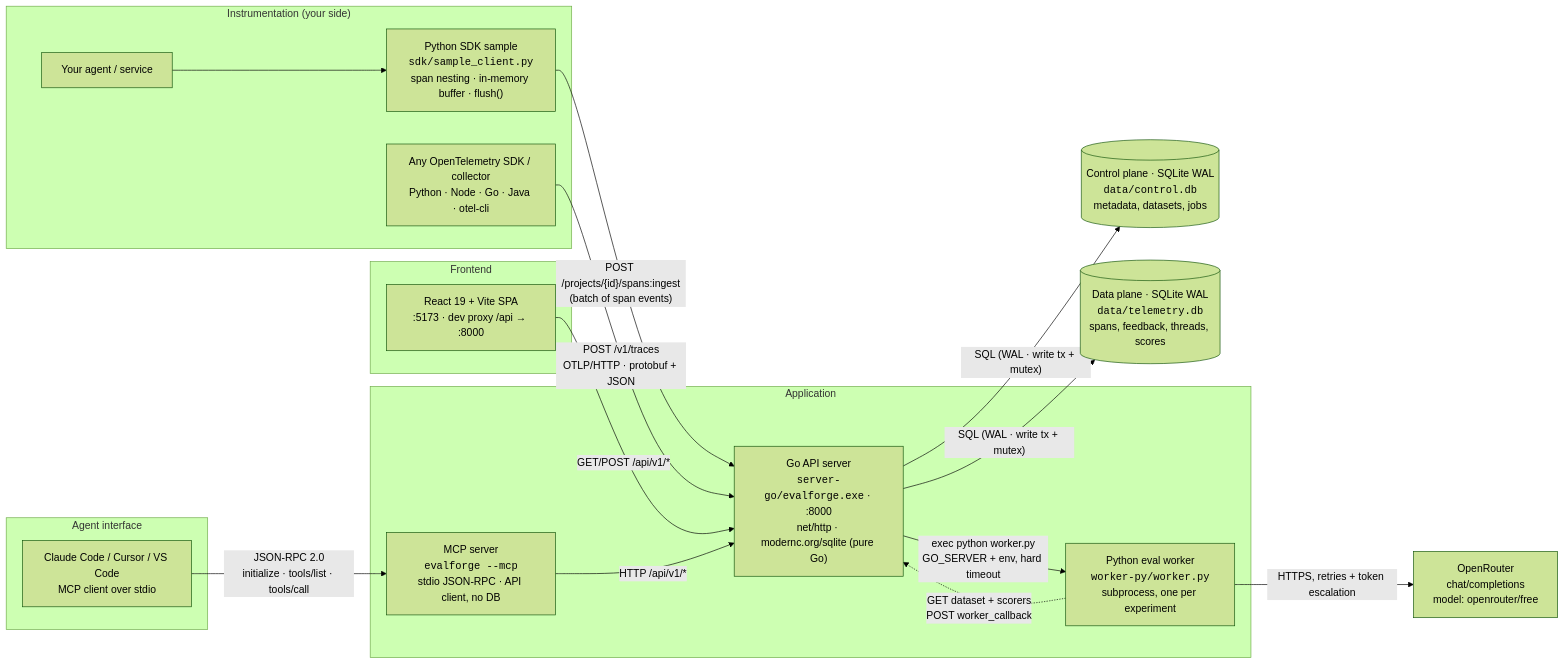
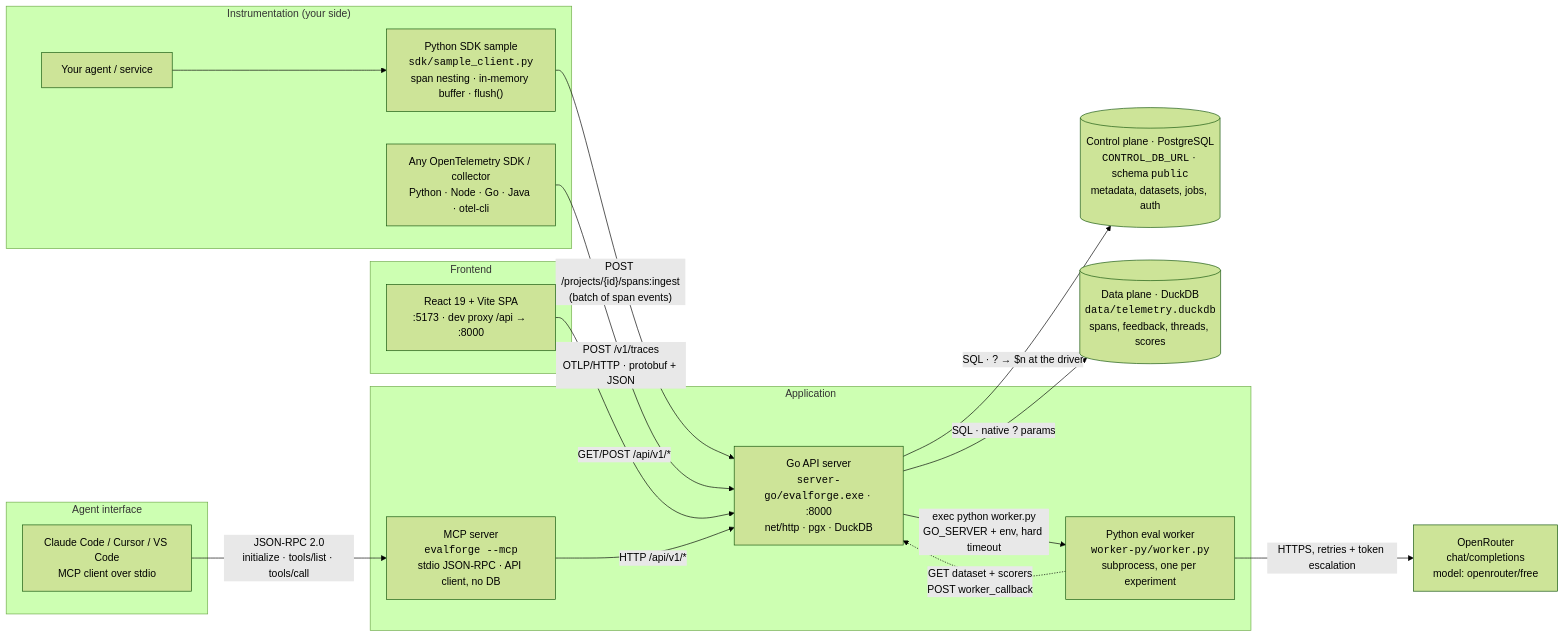
One commit to archief2910/EvalForger changed the first of 4 diagrams in ai-eval-platform/docs/ARCHITECTURE.md. Above: the diagram before and after it, drawn with Mermaid (forest theme). The commit also changed other lines of this file and 31 other files, not shown here.

````diff
--- a/ai-eval-platform/docs/ARCHITECTURE.md
+++ b/ai-eval-platform/docs/ARCHITECTURE.md
@@ -10,38 +10,38 @@
 ```mermaid
 flowchart LR
   subgraph producer["Instrumentation (your side)"]
     APP["Your agent / service"]
     SDK["Python SDK sample<br/><code>sdk/sample_client.py</code><br/>span nesting · in-memory buffer · flush()"]
     OTEL["Any OpenTelemetry SDK / collector<br/>Python · Node · Go · Java · otel-cli"]
     APP --> SDK
   end
 
   subgraph agents["Agent interface"]
     MCPC["Claude Code / Cursor / VS Code<br/>MCP client over stdio"]
   end
 
   subgraph ui["Frontend"]
     BROWSER["React 19 + Vite SPA<br/>:5173 · dev proxy /api → :8000"]
   end
 
   subgraph core["Application"]
-    API["Go API server<br/><code>server-go/evalforge.exe</code> · :8000<br/>net/http · modernc.org/sqlite (pure Go)"]
+    API["Go API server<br/><code>server-go/evalforge.exe</code> · :8000<br/>net/http · pgx · DuckDB"]
     MCP["MCP server<br/><code>evalforge --mcp</code><br/>stdio JSON-RPC · API client, no DB"]
     WORKER["Python eval worker<br/><code>worker-py/worker.py</code><br/>subprocess, one per experiment"]
   end
 
-  CDB[("Control plane · SQLite WAL<br/><code>data/control.db</code><br/>metadata, datasets, jobs")]
-  TDB[("Data plane · SQLite WAL<br/><code>data/telemetry.db</code><br/>spans, feedback, threads, scores")]
+  CDB[("Control plane · PostgreSQL<br/><code>CONTROL_DB_URL</code> · schema <code>public</code><br/>metadata, datasets, jobs, auth")]
+  TDB[("Data plane · DuckDB<br/><code>data/telemetry.duckdb</code><br/>spans, feedback, threads, scores")]
   LLM["OpenRouter<br/>chat/completions<br/>model: openrouter/free"]
 
   SDK -- "POST /projects/{id}/spans:ingest<br/>(batch of span events)" --> API
   OTEL -- "POST /v1/traces<br/>OTLP/HTTP · protobuf + JSON" --> API
   BROWSER -- "GET/POST /api/v1/*" --> API
   MCPC -- "JSON-RPC 2.0<br/>initialize · tools/list · tools/call" --> MCP
   MCP -- "HTTP /api/v1/*" --> API
-  API -- "SQL (WAL · write tx + mutex)" --> CDB
-  API -- "SQL (WAL · write tx + mutex)" --> TDB
+  API -- "SQL · ? → $n at the driver" --> CDB
+  API -- "SQL · native ? params" --> TDB
   API -- "exec python worker.py<br/>GO_SERVER + env, hard timeout" --> WORKER
   WORKER -. "GET dataset + scorers<br/>POST worker_callback" .-> API
   WORKER -- "HTTPS, retries + token escalation" --> LLM
 ```
````
